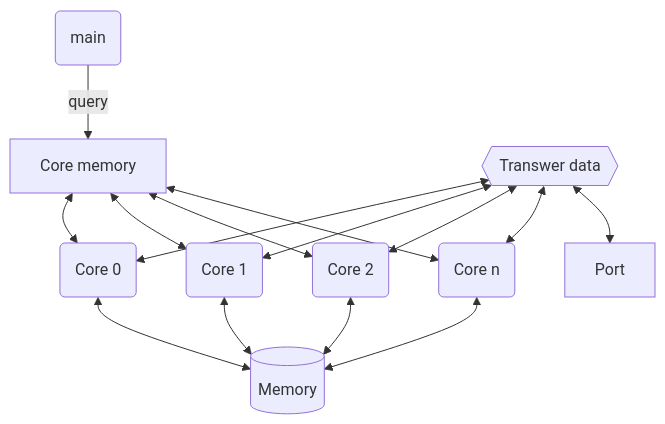
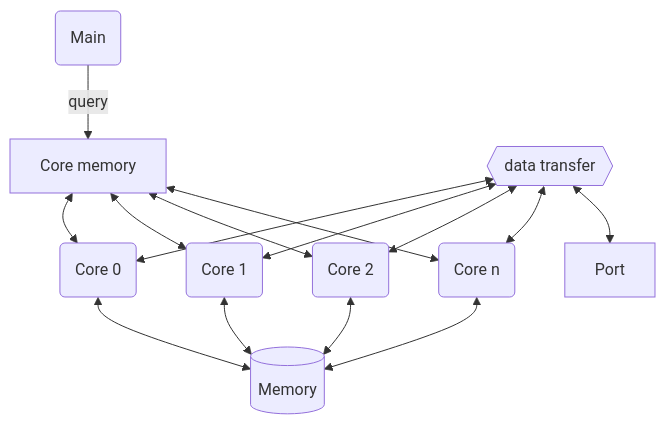
The second of 2 diagrams in README.md (ZeleniyKustik/VSDSFM), drawn with Mermaid before and after one commit.

````diff
--- a/README.md
+++ b/README.md
@@ -34,48 +34,39 @@
 ```mermaid
 graph TD
   
-
 port[Port]
-
 
 memcore[Core memory]
 
 mem@{ shape: "cyl", label: "Memory" }
-main(main)
+main(Main)
 
 
-
-	main-->|query| memcore
-
-
-
+main-->|query| memcore
 
 memcore <--> c0
 memcore <--> c1
 memcore <--> c2
 memcore <--> cn
-
-
 
 c0(Core 0)
 c1(Core 1)
 c2(Core 2)
 cn(Core n)
 
 c0 <--> mem
 c1 <--> mem
 c2 <--> mem
 cn <--> mem
 
 
-t@{ shape: "hex", label: "Transwer data" }
-
+t@{ shape: "hex", label: "data transfer" }
 
 t <--> c0
 t <--> c1
 t <--> c2
 t <--> cn
 t <--> port
 
 
 ```
````
